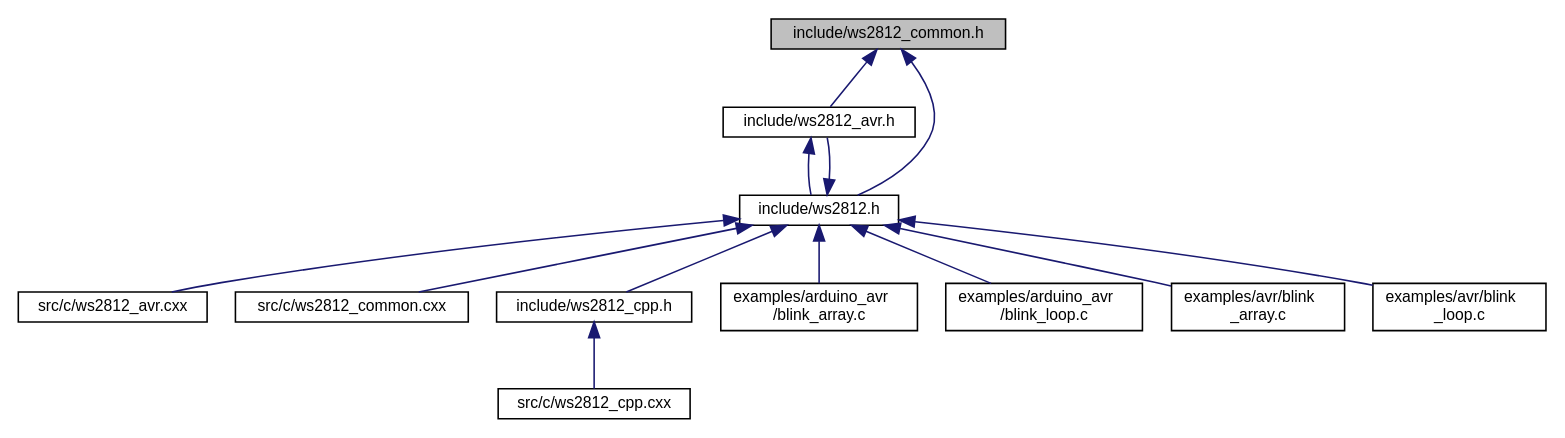
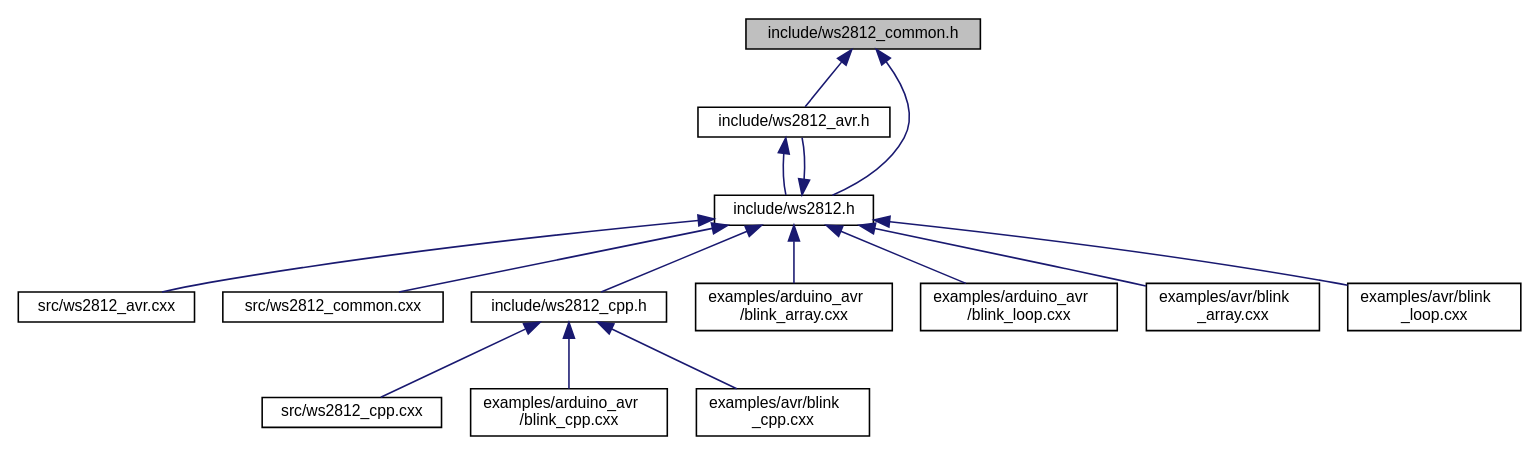
The diagram in docs/ws2812__common_8h__dep__incl.dot (CTXz/TinyWS2812), drawn with Graphviz before and after one commit. The commit also changed 99 other files, not shown here.

Commit message:
ws2812_cpp: Added more documentation + Minor fixes

```diff
--- a/docs/ws2812__common_8h__dep__incl.dot
+++ b/docs/ws2812__common_8h__dep__incl.dot
@@ -1,29 +1,33 @@
 digraph "include/ws2812_common.h"
 {
  // LATEX_PDF_SIZE
   edge [fontname="Helvetica",fontsize="10",labelfontname="Helvetica",labelfontsize="10"];
   node [fontname="Helvetica",fontsize="10",shape=record];
   Node1 [label="include/ws2812_common.h",height=0.2,width=0.4,color="black", fillcolor="grey75", style="filled", fontcolor="black",tooltip="Definitions required by all platform specific headers."];
   Node1 -> Node2 [dir="back",color="midnightblue",fontsize="10",style="solid",fontname="Helvetica"];
   Node2 [label="include/ws2812_avr.h",height=0.2,width=0.4,color="black", fillcolor="white", style="filled",URL="$ws2812__avr_8h.html",tooltip="Provides AVR platform specific definitions."];
   Node2 -> Node3 [dir="back",color="midnightblue",fontsize="10",style="solid",fontname="Helvetica"];
   Node3 [label="include/ws2812.h",height=0.2,width=0.4,color="black", fillcolor="white", style="filled",URL="$ws2812_8h.html",tooltip="Exposes the Tiny-WS2812 library interface."];
   Node3 -> Node4 [dir="back",color="midnightblue",fontsize="10",style="solid",fontname="Helvetica"];
-  Node4 [label="src/c/ws2812_avr.cxx",height=0.2,width=0.4,color="black", fillcolor="white", style="filled",URL="$ws2812__avr_8cxx_source.html",tooltip=" "];
+  Node4 [label="src/ws2812_avr.cxx",height=0.2,width=0.4,color="black", fillcolor="white", style="filled",URL="$ws2812__avr_8cxx_source.html",tooltip=" "];
   Node3 -> Node5 [dir="back",color="midnightblue",fontsize="10",style="solid",fontname="Helvetica"];
-  Node5 [label="src/c/ws2812_common.cxx",height=0.2,width=0.4,color="black", fillcolor="white", style="filled",URL="$ws2812__common_8cxx_source.html",tooltip=" "];
+  Node5 [label="src/ws2812_common.cxx",height=0.2,width=0.4,color="black", fillcolor="white", style="filled",URL="$ws2812__common_8cxx_source.html",tooltip=" "];
   Node3 -> Node2 [dir="back",color="midnightblue",fontsize="10",style="solid",fontname="Helvetica"];
   Node3 -> Node6 [dir="back",color="midnightblue",fontsize="10",style="solid",fontname="Helvetica"];
   Node6 [label="include/ws2812_cpp.h",height=0.2,width=0.4,color="black", fillcolor="white", style="filled",URL="$ws2812__cpp_8h.html",tooltip="C++ Wrapper for the Tiny-WS2812 interface."];
   Node6 -> Node7 [dir="back",color="midnightblue",fontsize="10",style="solid",fontname="Helvetica"];
-  Node7 [label="src/c/ws2812_cpp.cxx",height=0.2,width=0.4,color="black", fillcolor="white", style="filled",URL="$ws2812__cpp_8cxx_source.html",tooltip=" "];
-  Node3 -> Node8 [dir="back",color="midnightblue",fontsize="10",style="solid",fontname="Helvetica"];
-  Node8 [label="examples/arduino_avr\l/blink_array.c",height=0.2,width=0.4,color="black", fillcolor="white", style="filled",URL="$arduino__avr_2blink__array_8c.html",tooltip="Blinks one or more WS2812 devices using a RGB array."];
-  Node3 -> Node9 [dir="back",color="midnightblue",fontsize="10",style="solid",fontname="Helvetica"];
-  Node9 [label="examples/arduino_avr\l/blink_loop.c",height=0.2,width=0.4,color="black", fillcolor="white", style="filled",URL="$arduino__avr_2blink__loop_8c.html",tooltip="Blinks one or more WS2812 devices using a more memory efficient method than the blink_array...."];
+  Node7 [label="src/ws2812_cpp.cxx",height=0.2,width=0.4,color="black", fillcolor="white", style="filled",URL="$ws2812__cpp_8cxx_source.html",tooltip=" "];
+  Node6 -> Node8 [dir="back",color="midnightblue",fontsize="10",style="solid",fontname="Helvetica"];
+  Node8 [label="examples/arduino_avr\l/blink_cpp.cxx",height=0.2,width=0.4,color="black", fillcolor="white", style="filled",URL="$arduino__avr_2blink__cpp_8cxx.html",tooltip="Blinks one or more WS2812 devices using a RGB array."];
+  Node6 -> Node9 [dir="back",color="midnightblue",fontsize="10",style="solid",fontname="Helvetica"];
+  Node9 [label="examples/avr/blink\l_cpp.cxx",height=0.2,width=0.4,color="black", fillcolor="white", style="filled",URL="$avr_2blink__cpp_8cxx_source.html",tooltip=" "];
   Node3 -> Node10 [dir="back",color="midnightblue",fontsize="10",style="solid",fontname="Helvetica"];
-  Node10 [label="examples/avr/blink\l_array.c",height=0.2,width=0.4,color="black", fillcolor="white", style="filled",URL="$avr_2blink__array_8c.html",tooltip="Blinks one or more WS2812 devices using a RGB array."];
+  Node10 [label="examples/arduino_avr\l/blink_array.cxx",height=0.2,width=0.4,color="black", fillcolor="white", style="filled",URL="$arduino__avr_2blink__array_8cxx_source.html",tooltip=" "];
   Node3 -> Node11 [dir="back",color="midnightblue",fontsize="10",style="solid",fontname="Helvetica"];
-  Node11 [label="examples/avr/blink\l_loop.c",height=0.2,width=0.4,color="black", fillcolor="white", style="filled",URL="$avr_2blink__loop_8c.html",tooltip="Blinks one or more WS2812 devices using a more memory efficient method than the blink_array...."];
+  Node11 [label="examples/arduino_avr\l/blink_loop.cxx",height=0.2,width=0.4,color="black", fillcolor="white", style="filled",URL="$arduino__avr_2blink__loop_8cxx_source.html",tooltip=" "];
+  Node3 -> Node12 [dir="back",color="midnightblue",fontsize="10",style="solid",fontname="Helvetica"];
+  Node12 [label="examples/avr/blink\l_array.cxx",height=0.2,width=0.4,color="black", fillcolor="white", style="filled",URL="$avr_2blink__array_8cxx_source.html",tooltip=" "];
+  Node3 -> Node13 [dir="back",color="midnightblue",fontsize="10",style="solid",fontname="Helvetica"];
+  Node13 [label="examples/avr/blink\l_loop.cxx",height=0.2,width=0.4,color="black", fillcolor="white", style="filled",URL="$avr_2blink__loop_8cxx_source.html",tooltip=" "];
   Node1 -> Node3 [dir="back",color="midnightblue",fontsize="10",style="solid",fontname="Helvetica"];
 }
```
